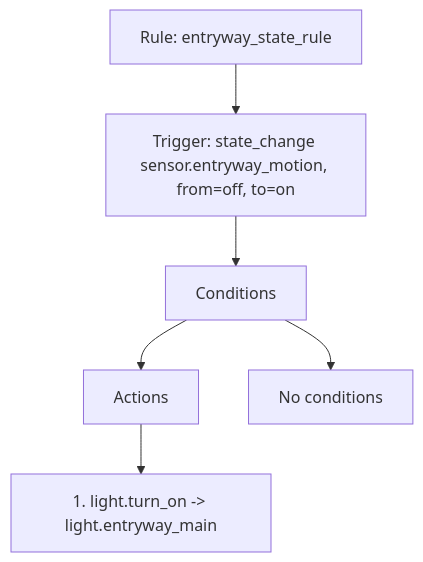
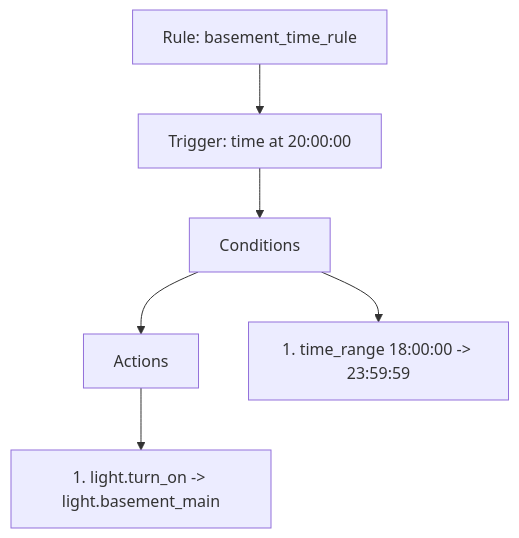
Before and after one commit to qzlcolewrld58-wq/SmartHome_AutoRule: the diagram in outputs/reports/rule_diagram.md, drawn with Mermaid. The commit also changed 3 other files, not shown here.

````diff
--- a/outputs/reports/rule_diagram.md
+++ b/outputs/reports/rule_diagram.md
@@ -1,14 +1,14 @@
 ```mermaid
 flowchart TD
-    RULE["Rule: entryway_state_rule"]
-    TRIGGER["Trigger: state_change sensor.entryway_motion, from=off, to=on"]
+    RULE["Rule: basement_time_rule"]
+    TRIGGER["Trigger: time at 20:00:00"]
     CONDITIONS["Conditions"]
     ACTIONS["Actions"]
     RULE --> TRIGGER
     TRIGGER --> CONDITIONS
     CONDITIONS --> ACTIONS
-    C0["No conditions"]
-    CONDITIONS --> C0
-    A1["1. light.turn_on -> light.entryway_main"]
+    C1["1. time_range 18:00:00 -> 23:59:59"]
+    CONDITIONS --> C1
+    A1["1. light.turn_on -> light.basement_main"]
     ACTIONS --> A1
 ```
````
